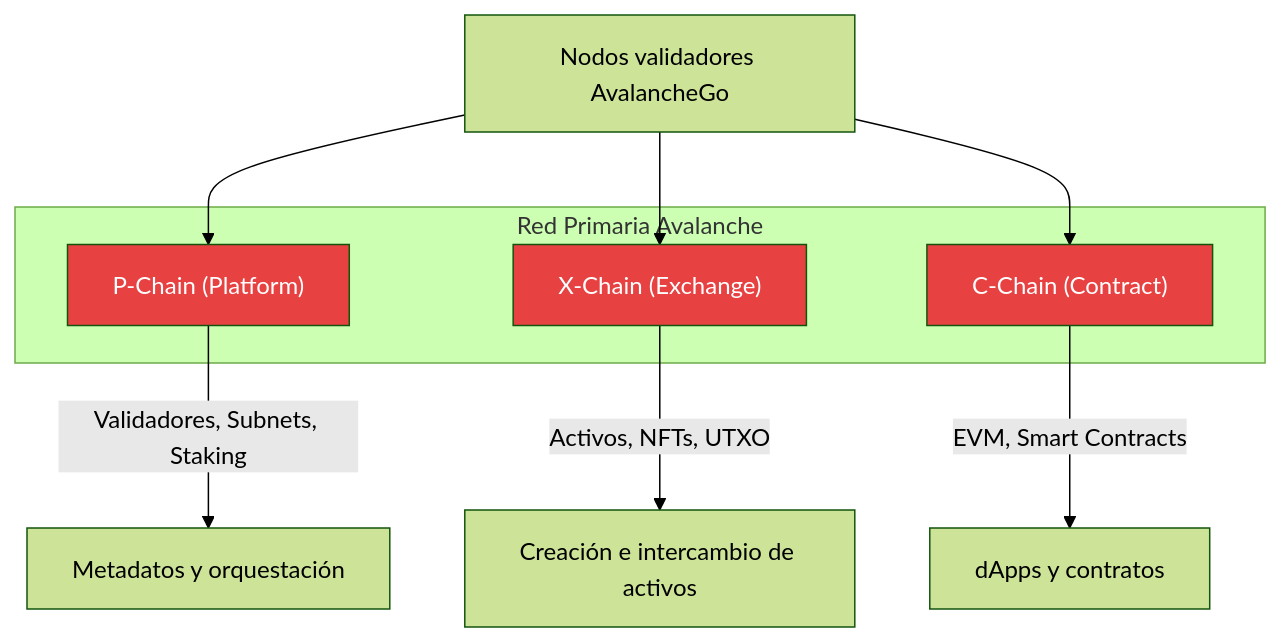
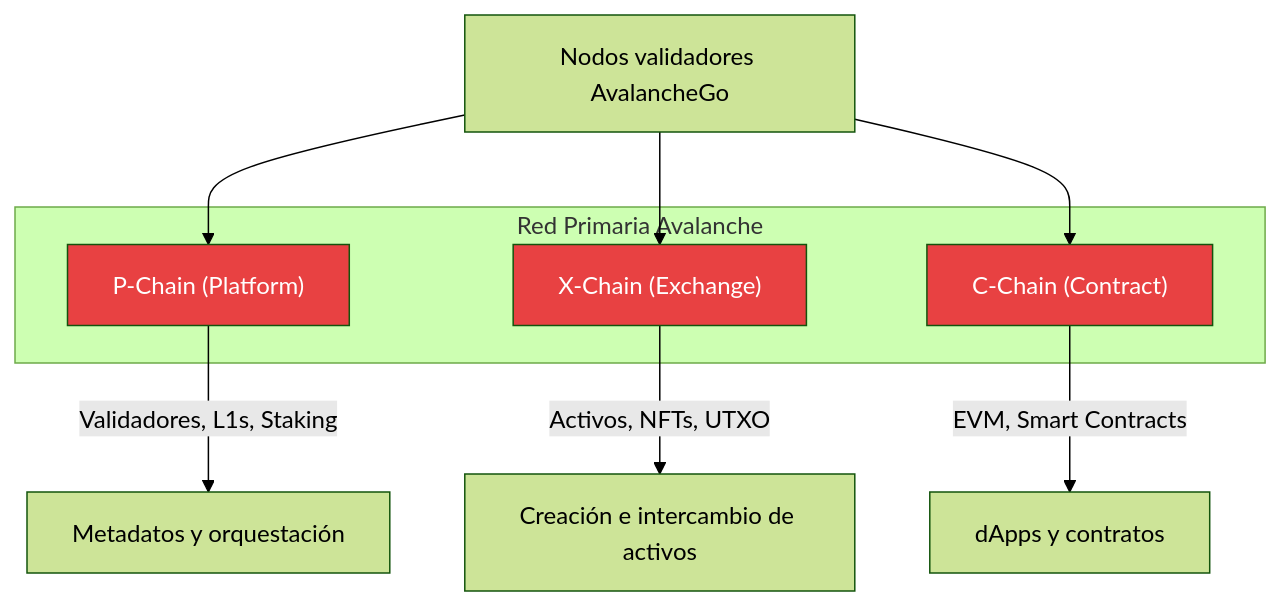
One commit to MarxMad/Avax-Guide changed the first of 3 diagrams in semana-1/01-fundamentos-core-wallet.md. Above: the diagram before and after it, drawn with Mermaid (forest theme). The commit also changed other lines of this file and 10 other files, not shown here.

````diff
--- a/semana-1/01-fundamentos-core-wallet.md
+++ b/semana-1/01-fundamentos-core-wallet.md
@@ -33,20 +33,20 @@
 ```mermaid
 flowchart TB
     subgraph Primary["Red Primaria Avalanche"]
         P["P-Chain (Platform)"]
         X["X-Chain (Exchange)"]
         C["C-Chain (Contract)"]
     end
 
-    P --> |"Validadores, Subnets, Staking"| Meta[Metadatos y orquestación]
+    P --> |"Validadores, L1s, Staking"| Meta[Metadatos y orquestación]
     X --> |"Activos, NFTs, UTXO"| Assets[Creación e intercambio de activos]
     C --> |"EVM, Smart Contracts"| Dapps[dApps y contratos]
 
     Validators[Nodos validadores AvalancheGo] --> P
     Validators --> X
     Validators --> C
 
     style P fill:#e84142,color:#fff
     style X fill:#e84142,color:#fff
     style C fill:#e84142,color:#fff
 ```
````
